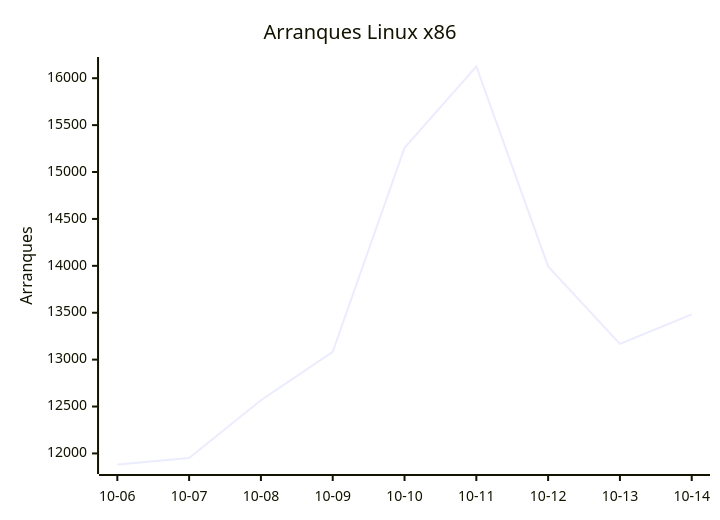
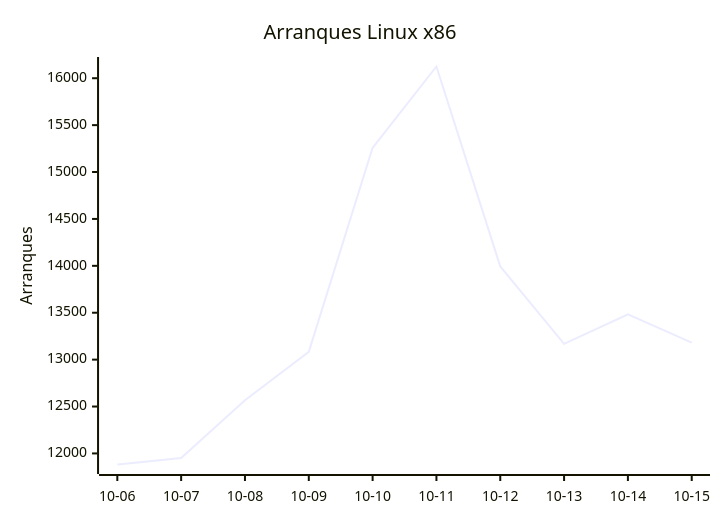
One commit to EmuDeck/stats changed the first of 8 diagrams in README.md. Above: the diagram before and after it, drawn with Mermaid. The commit also changed other lines of this file and 2 other files, not shown here.

````diff
--- a/README.md
+++ b/README.md
@@ -18,7 +18,7 @@
 ```mermaid
 xychart-beta
     title "Arranques Linux x86"
-    x-axis ["10-06", "10-07", "10-08", "10-09", "10-10", "10-11", "10-12", "10-13", "10-14"]
+    x-axis ["10-06", "10-07", "10-08", "10-09", "10-10", "10-11", "10-12", "10-13", "10-14", "10-15"]
     y-axis "Arranques"
-    line [11882, 11951, 12567, 13083, 15258, 16125, 13994, 13168, 13483]
+    line [11882, 11951, 12567, 13083, 15258, 16125, 13994, 13168, 13483, 13181]
 ```
````
